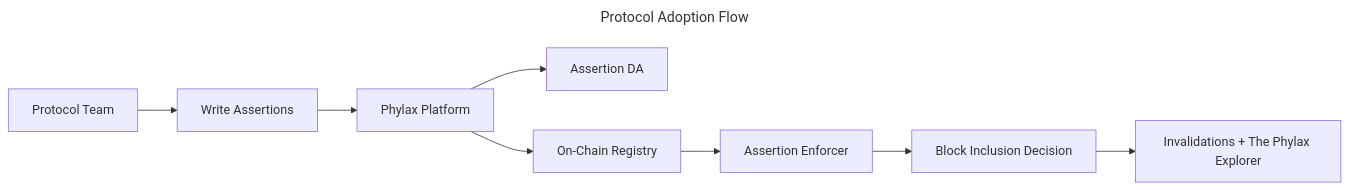
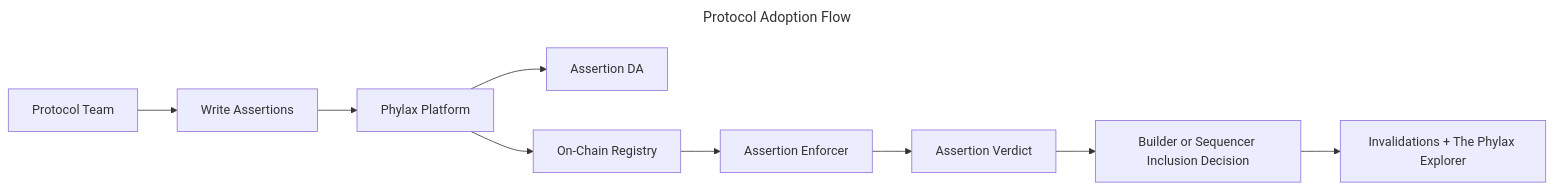
The diagram in credible/dapp-integration.mdx (phylaxsystems/phylax-docs), drawn with Mermaid before and after one commit. The commit also changed other lines of this file and 25 other files, not shown here.

Commit message:
docs: distinguish sequencer and participating-builder enforcement

````diff
--- a/credible/dapp-integration.mdx
+++ b/credible/dapp-integration.mdx
@@ -28,13 +35,14 @@
 ```mermaid
 ---
 title: Protocol Adoption Flow
 ---
 flowchart LR
   Dev[Protocol Team] --> Assertion[Write Assertions]
   Assertion --> Platform[Phylax Platform]
   Platform --> DA[Assertion DA]
   Platform --> Registry[On-Chain Registry]
   Registry --> Enforcer[Assertion Enforcer]
-  Enforcer --> Outcome[Block Inclusion Decision]
+  Enforcer --> Verdict[Assertion Verdict]
+  Verdict --> Outcome[Builder or Sequencer Inclusion Decision]
   Outcome --> Invalidations[Invalidations + The Phylax Explorer]
 ```
````
